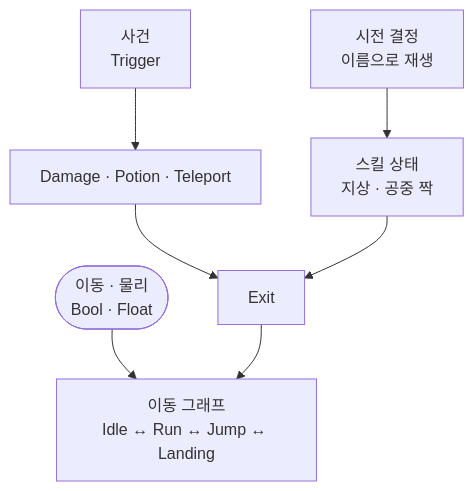
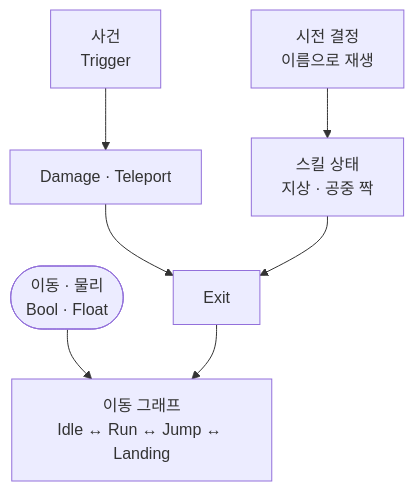
Before and after one commit to monet5379/monet5379.github.io: the diagram in notes/dragon-animator-move-exit.md, drawn with Mermaid. The commit also changed other lines of this file, not shown here.

````diff
--- a/notes/dragon-animator-move-exit.md
+++ b/notes/dragon-animator-move-exit.md
@@ -40,10 +40,10 @@
 ```mermaid
 flowchart TD
   P(["이동 · 물리<br/>Bool · Float"])
   P --> MOVE["이동 그래프<br/>Idle ↔ Run ↔ Jump ↔ Landing"]
-  EV["사건<br/>Trigger"] --> ACT["Damage · Potion · Teleport"]
+  EV["사건<br/>Trigger"] --> ACT["Damage · Teleport"]
   CAST["시전 결정<br/>이름으로 재생"] --> SK["스킬 상태<br/>지상 · 공중 짝"]
   ACT --> X["Exit"]
   SK --> X
   X --> MOVE
 ```
````
